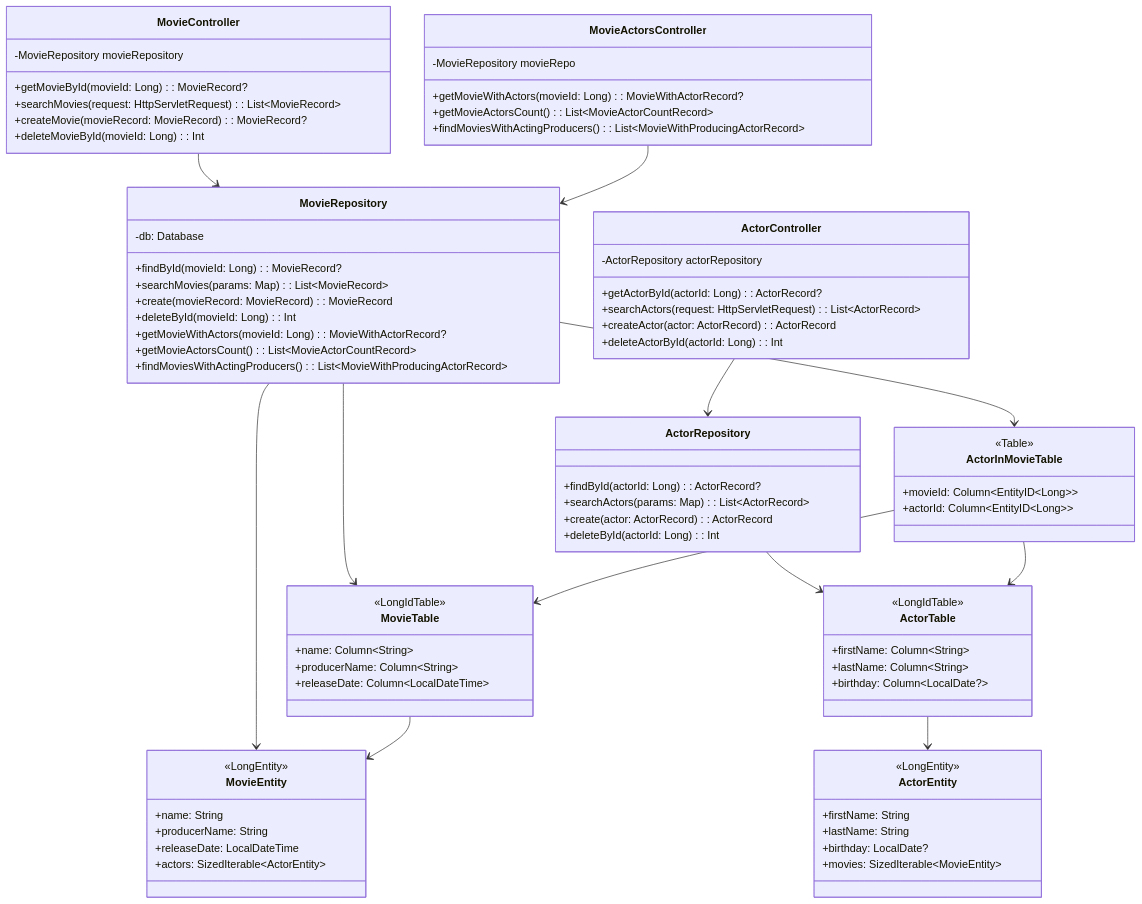
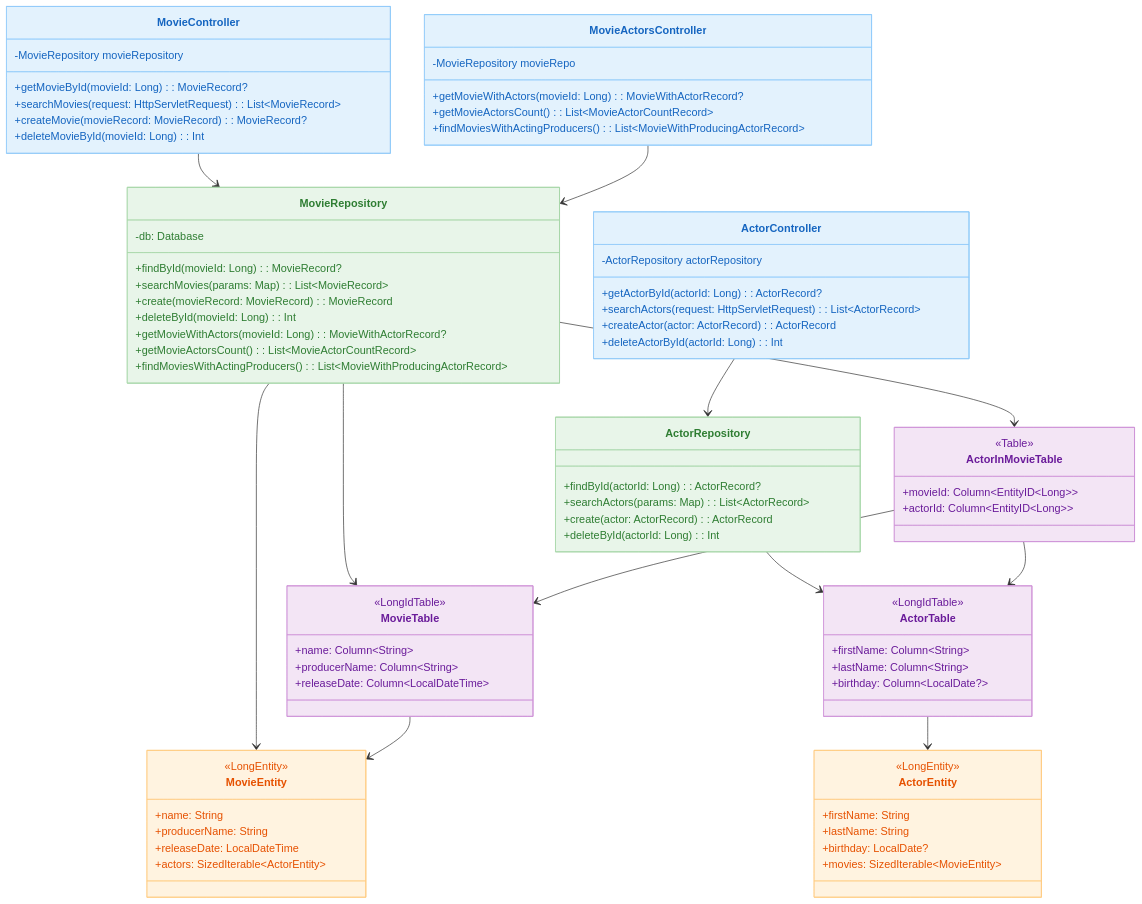
One commit to bluetape4k/exposed-workshop changed the first of 3 diagrams in 01-spring-boot/spring-mvc-exposed/README.md. Above: the diagram before and after it, drawn with Mermaid. The commit also changed 56 other files, not shown here.

First line of the commit message:
docs: 전체 README mermaid 다이어그램에 파스텔 톤 색상 적용

````diff
--- a/01-spring-boot/spring-mvc-exposed/README.md
+++ b/01-spring-boot/spring-mvc-exposed/README.md
@@ -108,4 +108,15 @@
     ActorTable --> ActorEntity
     ActorInMovieTable --> MovieTable
     ActorInMovieTable --> ActorTable
+
+    style ActorController fill:#E3F2FD,stroke:#90CAF9,color:#1565C0
+    style MovieController fill:#E3F2FD,stroke:#90CAF9,color:#1565C0
+    style MovieActorsController fill:#E3F2FD,stroke:#90CAF9,color:#1565C0
+    style ActorRepository fill:#E8F5E9,stroke:#A5D6A7,color:#2E7D32
+    style MovieRepository fill:#E8F5E9,stroke:#A5D6A7,color:#2E7D32
+    style MovieTable fill:#F3E5F5,stroke:#CE93D8,color:#6A1B9A
+    style ActorTable fill:#F3E5F5,stroke:#CE93D8,color:#6A1B9A
+    style ActorInMovieTable fill:#F3E5F5,stroke:#CE93D8,color:#6A1B9A
+    style MovieEntity fill:#FFF3E0,stroke:#FFCC80,color:#E65100
+    style ActorEntity fill:#FFF3E0,stroke:#FFCC80,color:#E65100
 ```
````
